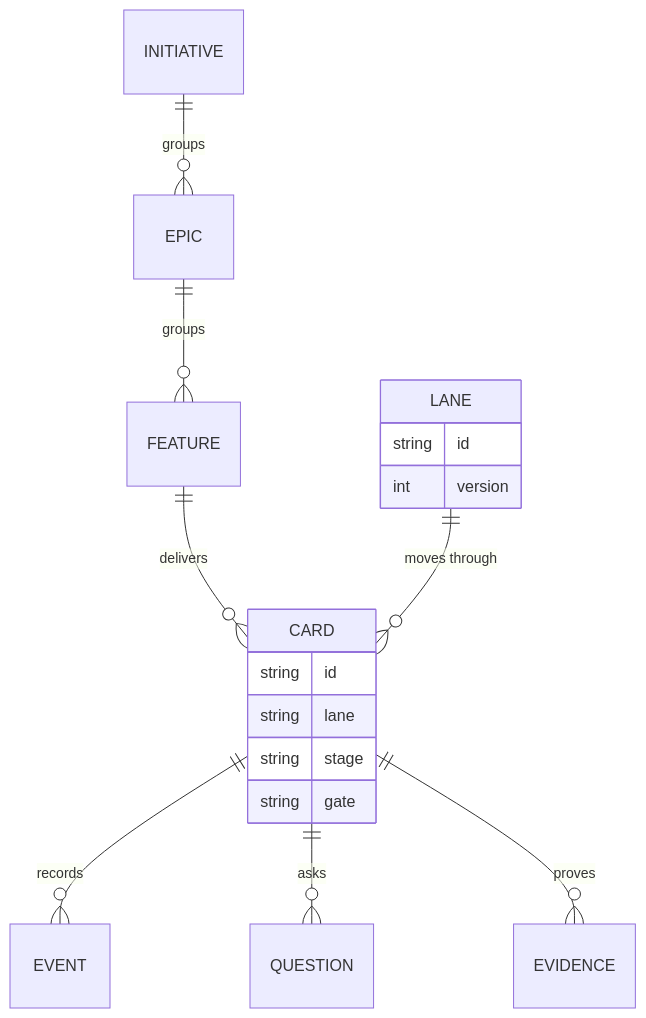
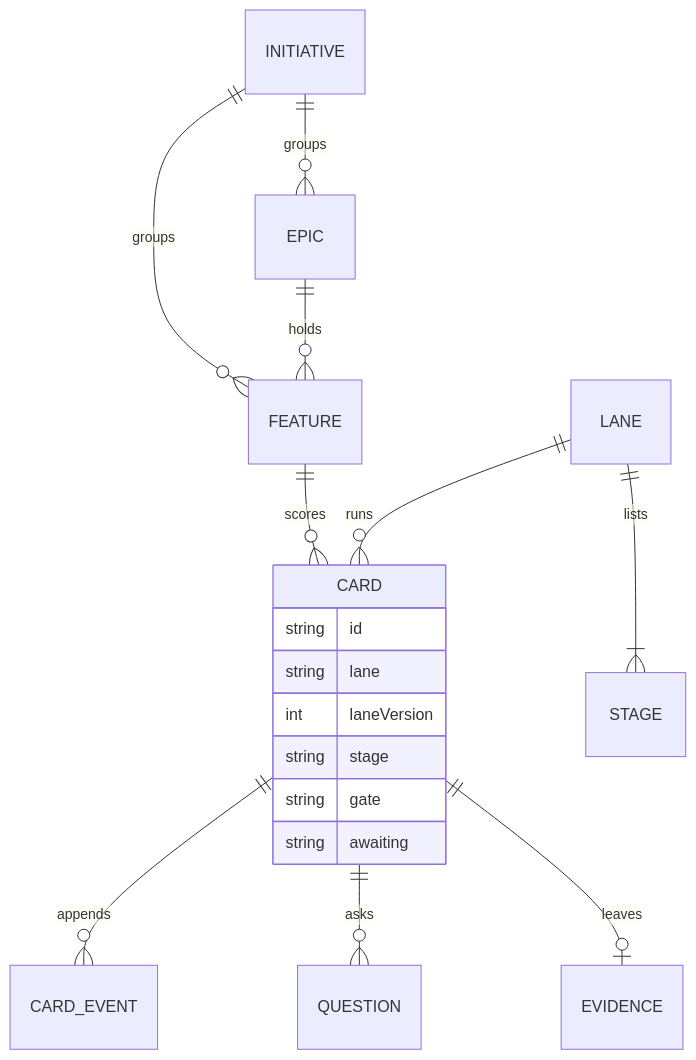
One commit to sixfactors/codeloop changed the diagram in .codeloop/wiki/architecture/data-model.md. Above: the diagram before and after it, drawn with Mermaid. The commit also changed other lines of this file and 52 other files, not shown here.

````diff
--- a/.codeloop/wiki/architecture/data-model.md
+++ b/.codeloop/wiki/architecture/data-model.md
@@ -5,20 +5,20 @@
 ```mermaid
 erDiagram
   INITIATIVE ||--o{ EPIC : groups
-  EPIC ||--o{ FEATURE : groups
-  FEATURE ||--o{ CARD : delivers
-  LANE ||--o{ CARD : "moves through"
-  CARD ||--o{ EVENT : records
+  INITIATIVE ||--o{ FEATURE : groups
+  EPIC ||--o{ FEATURE : holds
+  FEATURE ||--o{ CARD : scores
+  LANE ||--o{ CARD : runs
+  LANE ||--|{ STAGE : lists
+  CARD ||--o{ CARD_EVENT : appends
   CARD ||--o{ QUESTION : asks
-  CARD ||--o{ EVIDENCE : proves
+  CARD ||--o| EVIDENCE : leaves
   CARD {
     string id
     string lane
+    int laneVersion
     string stage
     string gate
-  }
-  LANE {
-    string id
-    int version
+    string awaiting
   }
 ```
````
